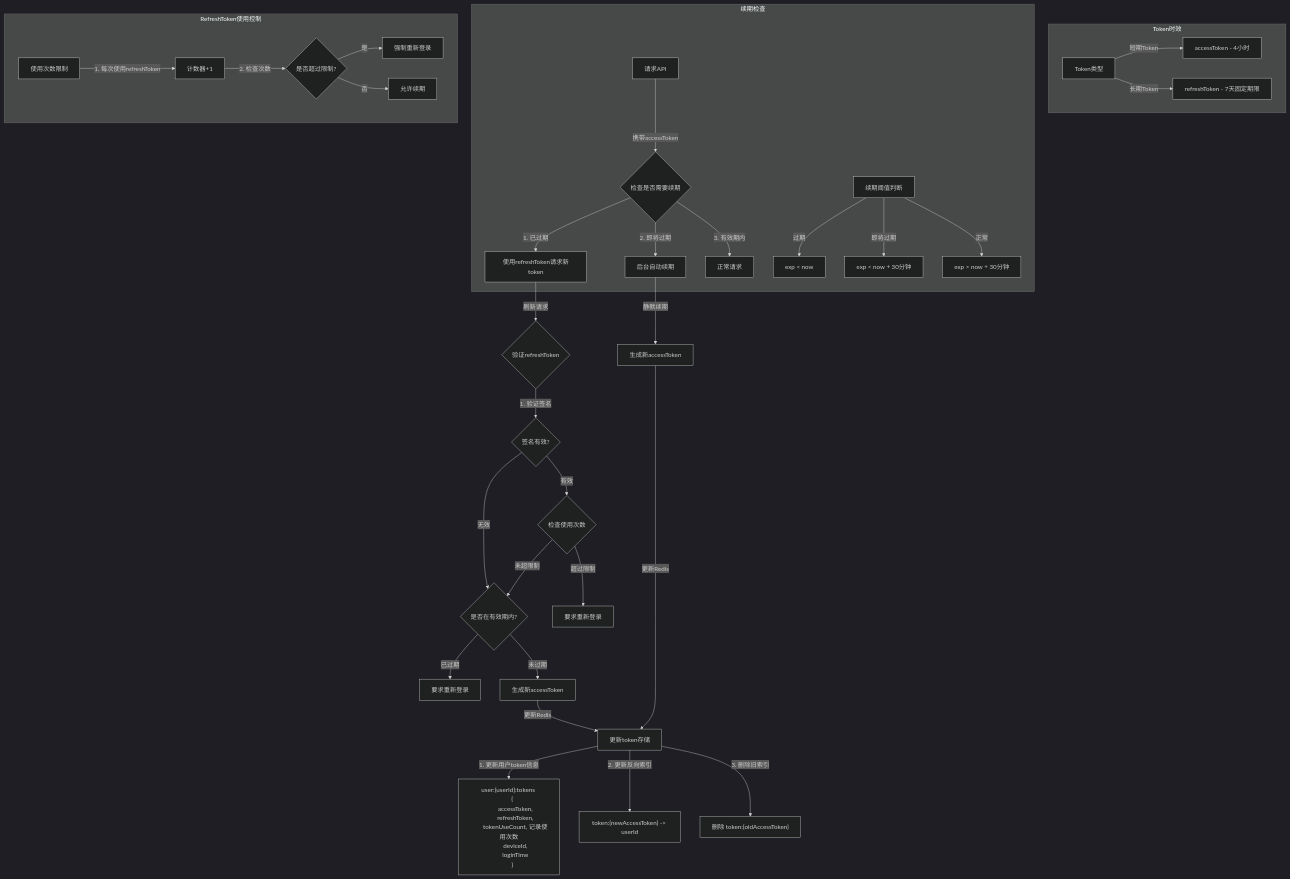
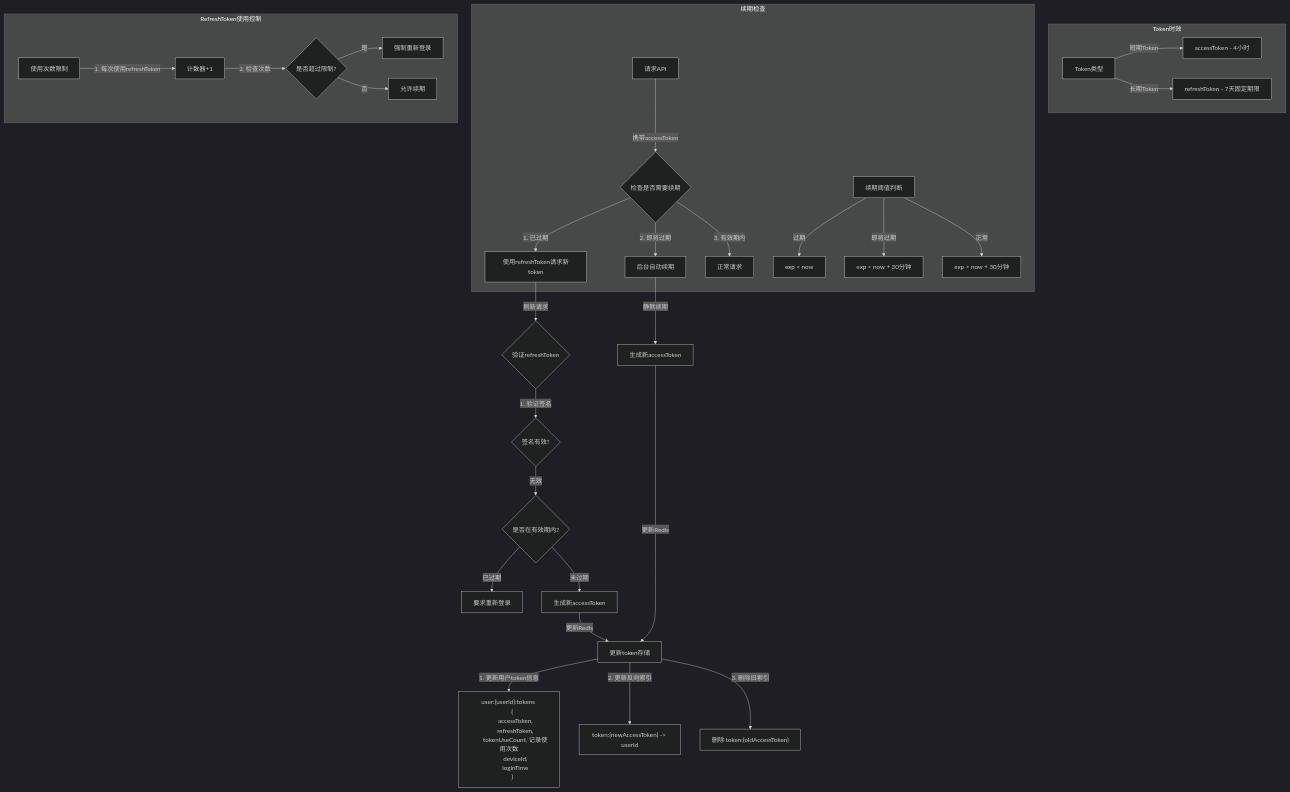
The diagram in all/未命名-15.md (yingjianzh/iodraw-files), drawn with Mermaid (dark theme) before and after one commit.

Commit message:
2025-01-02 18:35:15 update

````diff
--- a/all/未命名-15.md
+++ b/all/未命名-15.md
@@ -1,53 +1,51 @@
 ```mermaid
 flowchart TD
     subgraph Token时效
         A[Token类型] -->|短期Token| B[accessToken - 4小时]
         A -->|长期Token| C[refreshToken - 7天固定期限]
     end
 
     subgraph 续期检查
         F[请求API] -->|携带accessToken| G{检查是否需要续期}
         G -->|1. 已过期| H[使用refreshToken请求新token]
         G -->|2. 即将过期| I[后台自动续期]
         G -->|3. 有效期内| J[正常请求]
         
         %% 续期阈值判断
         K[续期阈值判断]
         K -->|过期| L[exp < now]
         K -->|即将过期| M[exp < now + 30分钟]
         K -->|正常| N[exp > now + 30分钟]
     end
 
     %% 续期流程
     H -->|刷新请求| O{验证refreshToken}
     O -->|1. 验证签名| P{签名有效?}
     P -->|无效| T{是否在有效期内?}
-    P -->|有效| R{检查使用次数}
-    R -->|超过限制| S[要求重新登录]
-    R -->|未超限制| T{是否在有效期内?}
+    
     T -->|已过期| U[要求重新登录]
     T -->|未过期| V[生成新accessToken]
     
     I -->|静默续期| W[生成新accessToken]
     
     %% Redis更新
     V & W -->|更新Redis| X[更新token存储]
     X -->|1. 更新用户token信息| Y["user:{userId}:tokens 
     {
         accessToken,
         refreshToken,
         tokenUseCount, 记录使用次数
         deviceId,
         loginTime
     }"]
     X -->|2. 更新反向索引| Z["token:{newAccessToken} -> userId"]
     X -->|3. 删除旧索引| AA["删除 token:{oldAccessToken}"]
 
     %% 使用次数控制
     subgraph RefreshToken使用控制
         BB[使用次数限制] -->|1. 每次使用refreshToken| CC[计数器+1]
         CC -->|2. 检查次数| DD{是否超过限制?}
         DD -->|是| EE[强制重新登录]
         DD -->|否| FF[允许续期]
     end
 ```
````
